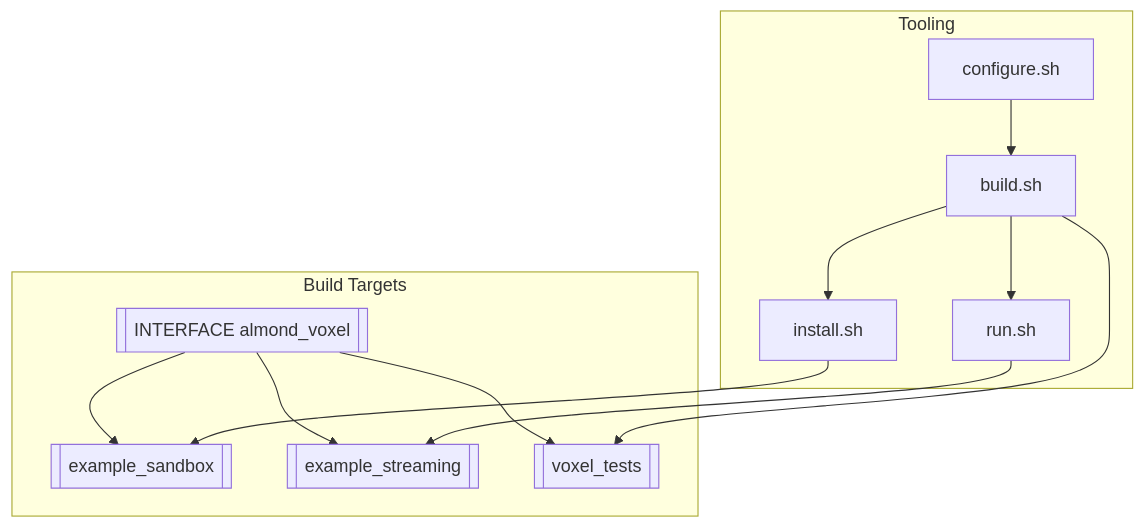
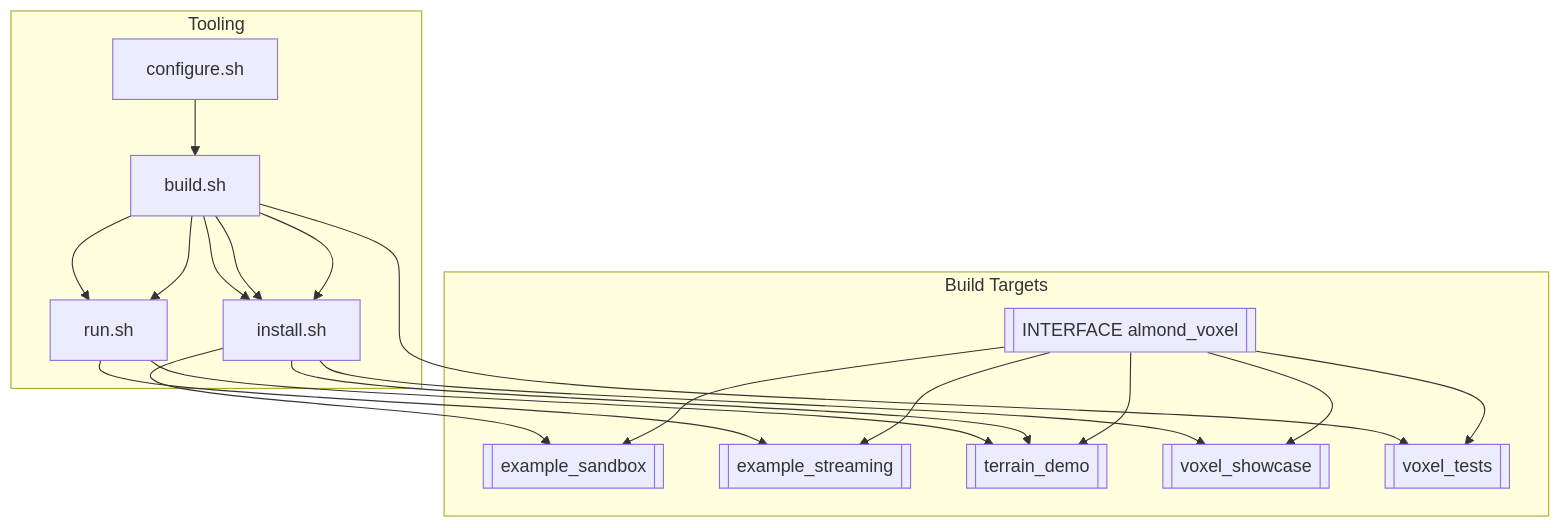
The second of 2 diagrams in README.md (Autodidac/AlmondVoxel), drawn with Mermaid before and after one commit. The commit also changed other lines of this file and 1 other file, not shown here.

Commit message:
Relax terrain culling and improve hill collision

````diff
--- a/README.md
+++ b/README.md
@@ -54,24 +58,31 @@
 ```mermaid
 graph TD
     subgraph Build Targets
         HeaderOnly[[INTERFACE almond_voxel]]
         ExampleSandbox[[example_sandbox]]
         ExampleStreaming[[example_streaming]]
+        TerrainDemo[[terrain_demo]]
+        VoxelShowcase[[voxel_showcase]]
         TestSuite[[voxel_tests]]
     end
 
     HeaderOnly --> ExampleSandbox
     HeaderOnly --> ExampleStreaming
+    HeaderOnly --> TerrainDemo
+    HeaderOnly --> VoxelShowcase
     HeaderOnly --> TestSuite
 
     subgraph Tooling
         Configure[configure.sh]
         Build[build.sh]
         Install[install.sh]
         Run[run.sh]
     end
 
     Configure --> Build --> TestSuite
     Build --> Install --> ExampleSandbox
+    Build --> Install --> TerrainDemo
+    Build --> Install --> VoxelShowcase
     Build --> Run --> ExampleStreaming
+    Build --> Run --> TerrainDemo
 ```
````
